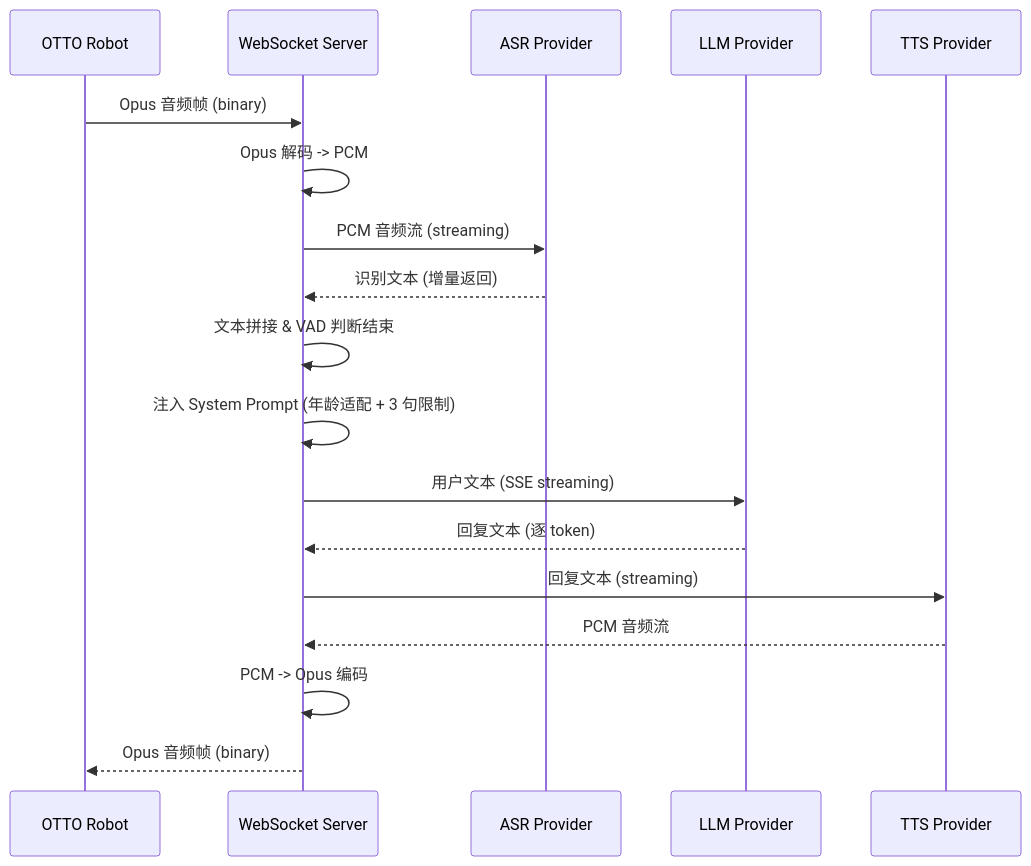
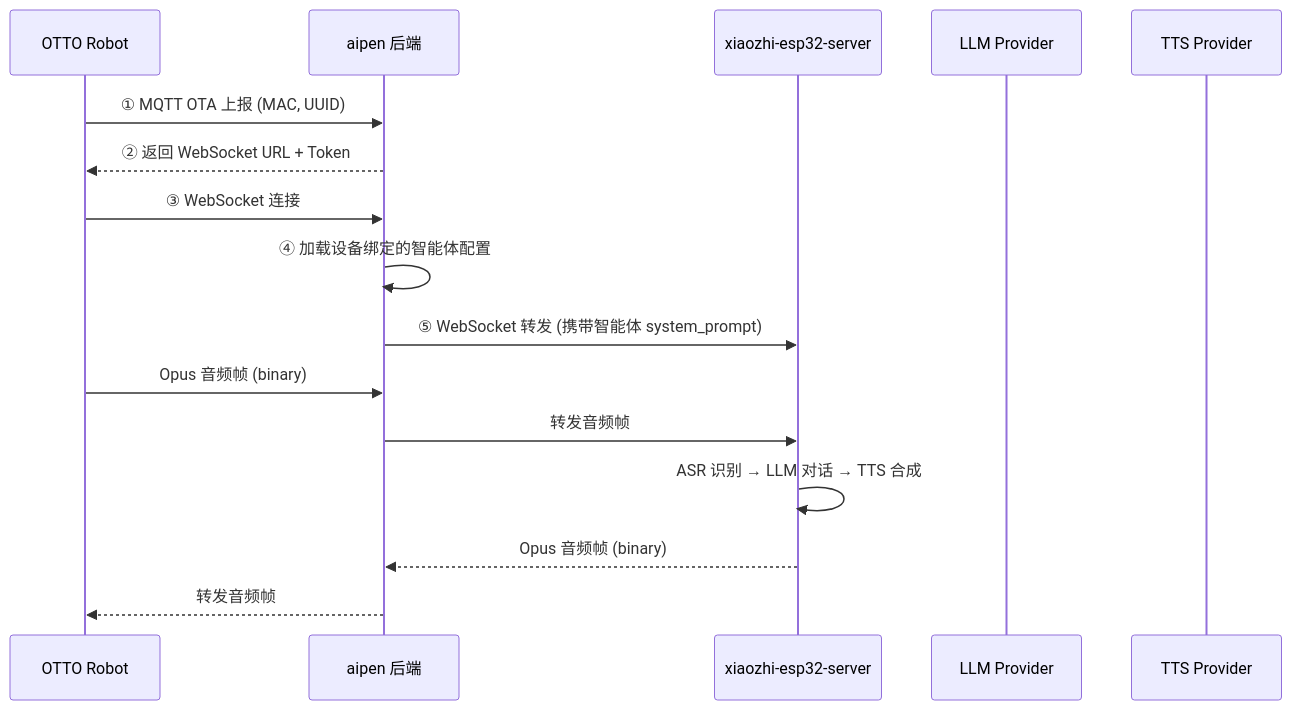
The second of 5 diagrams in system/03-后端服务架构.md (flybear16/otto123), drawn with Mermaid before and after one commit. The commit also changed other lines of this file and 12 other files, not shown here.

````diff
--- a/system/03-后端服务架构.md
+++ b/system/03-后端服务架构.md
@@ -118,21 +160,19 @@
 ```mermaid
 sequenceDiagram
     participant R as OTTO Robot
-    participant WS as WebSocket Server
-    participant A as ASR Provider
-    participant L as LLM Provider
-    participant T as TTS Provider
+    participant A as aipen 后端
+    participant X as xiaozhi-esp32-server
+    participant LLM as LLM Provider
+    participant TTS as TTS Provider
 
-    R->>WS: Opus 音频帧 (binary)
-    WS->>WS: Opus 解码 -> PCM
-    WS->>A: PCM 音频流 (streaming)
-    A-->>WS: 识别文本 (增量返回)
-    WS->>WS: 文本拼接 & VAD 判断结束
-    WS->>WS: 注入 System Prompt (年龄适配 + 3 句限制)
-    WS->>L: 用户文本 (SSE streaming)
-    L-->>WS: 回复文本 (逐 token)
-    WS->>T: 回复文本 (streaming)
-    T-->>WS: PCM 音频流
-    WS->>WS: PCM -> Opus 编码
-    WS-->>R: Opus 音频帧 (binary)
+    R->>A: ① MQTT OTA 上报 (MAC, UUID)
+    A-->>R: ② 返回 WebSocket URL + Token
+    R->>A: ③ WebSocket 连接
+    A->>A: ④ 加载设备绑定的智能体配置
+    A->>X: ⑤ WebSocket 转发 (携带智能体 system_prompt)
+    R->>A: Opus 音频帧 (binary)
+    A->>X: 转发音频帧
+    X->>X: ASR 识别 → LLM 对话 → TTS 合成
+    X-->>A: Opus 音频帧 (binary)
+    A-->>R: 转发音频帧
 ```
````
